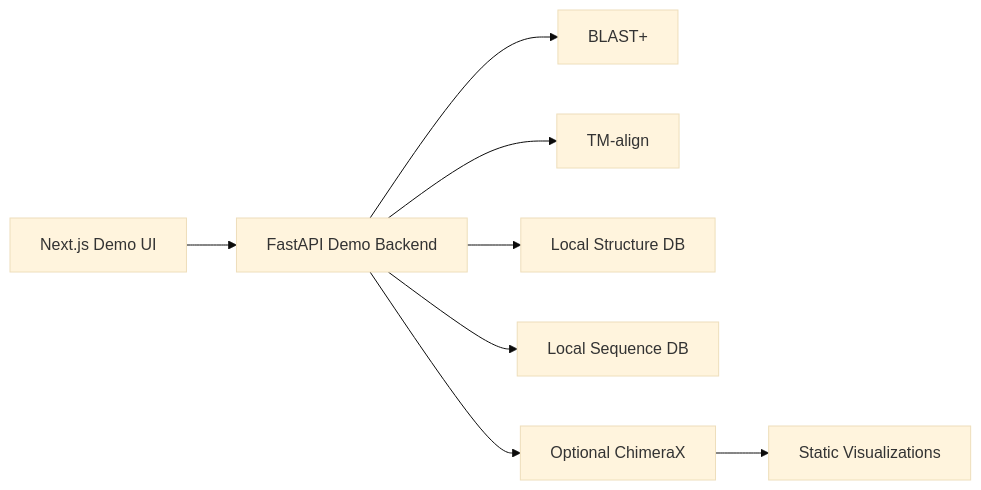
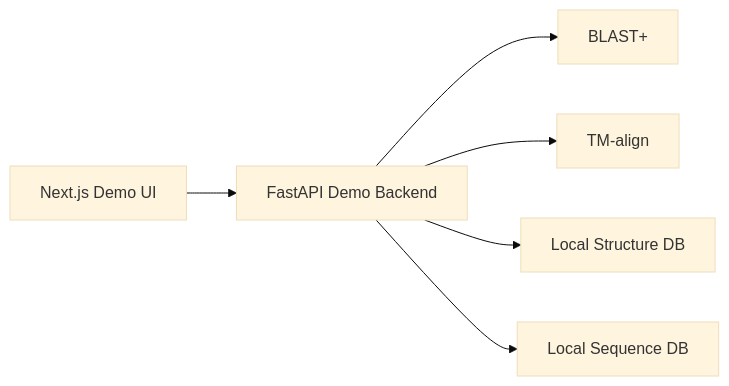
The first of 2 diagrams in README.md (gokulsrinaths/Effectors), drawn with Mermaid (base theme) before and after one commit. The commit also changed other lines of this file and 43 other files, not shown here.

````diff
--- a/README.md
+++ b/README.md
@@ -83,10 +80,8 @@
 ```mermaid
 flowchart LR
     A[Next.js Demo UI] --> B[FastAPI Demo Backend]
     B --> C[BLAST+]
     B --> D[TM-align]
     B --> E[Local Structure DB]
     B --> F[Local Sequence DB]
-    B --> G[Optional ChimeraX]
-    G --> H[Static Visualizations]
 ```
````
